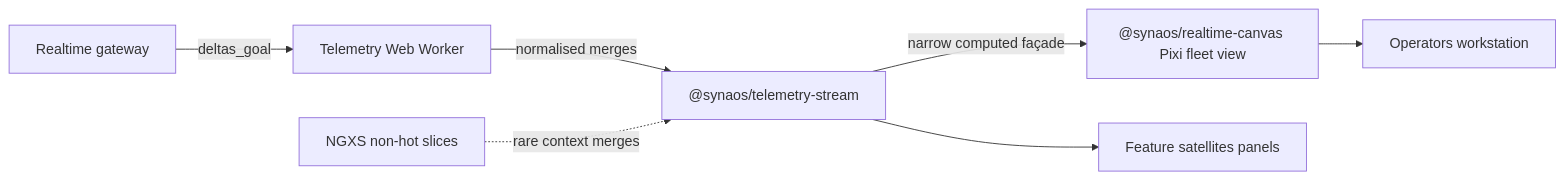
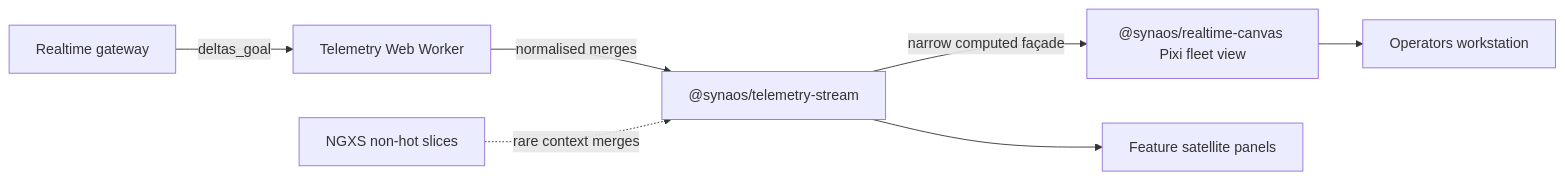
The diagram in PLAN.md (kaplan81/synaos-staff-frontend-engineer-technical-challenge), drawn with Mermaid before and after one commit. The commit also changed other lines of this file, not shown here.

Commit message:
be more linear with the architectural part

````diff
--- a/PLAN.md
+++ b/PLAN.md
@@ -104,16 +86,16 @@
 ```mermaid
 flowchart LR
   Gateway[Realtime gateway]
   Worker[Telemetry Web Worker]
   TelemetryPkg["@synaos/telemetry-stream"]
   NGXS[NGXS non-hot slices]
   CanvasPkg["@synaos/realtime-canvas Pixi fleet view"]
   OperatorWS[Operators workstation]
 
   Gateway -->|"deltas_goal"| Worker
   Worker -->|"normalised merges"| TelemetryPkg
   NGXS -. "rare context merges" .-> TelemetryPkg
   TelemetryPkg -->|"narrow computed façade"| CanvasPkg
   CanvasPkg --> OperatorWS
-  TelemetryPkg --> AlarmPanels[Feature satellites panels]
+  TelemetryPkg --> AlarmPanels[Feature satellite panels]
 ```
````
